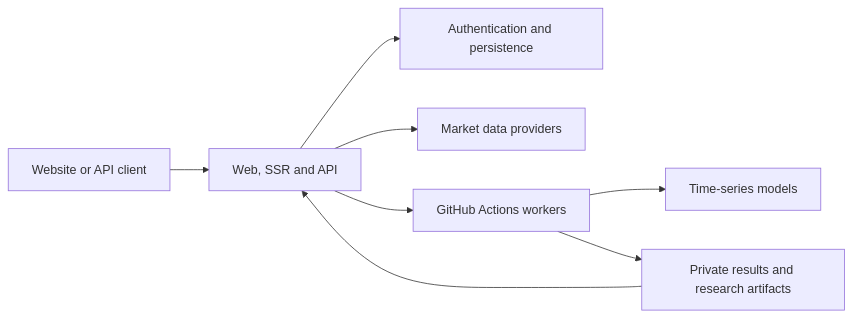
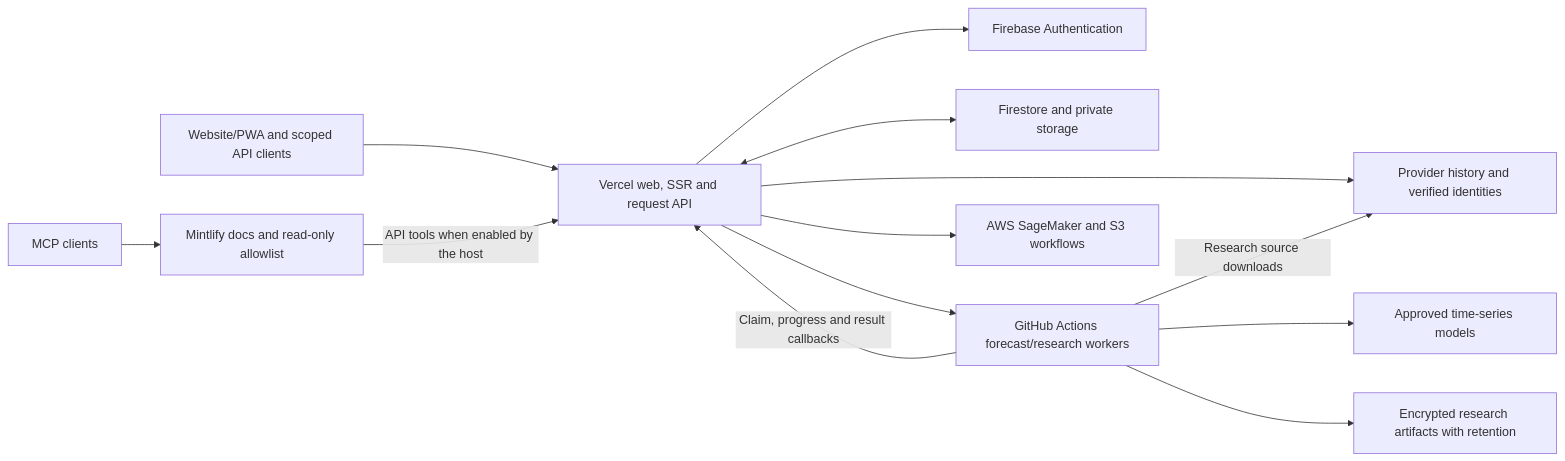
Before and after one commit to tamzid2001/stockssagemakerdata: the first of 2 diagrams in README.md, drawn with Mermaid. The commit also changed other lines of this file and 17 other files, not shown here.

````diff
--- a/README.md
+++ b/README.md
@@ -92,10 +93,15 @@
 ```mermaid
 flowchart LR
-    User[Website or API client] --> Vercel[Web, SSR and API]
-    Vercel --> Firebase[Authentication and persistence]
-    Vercel --> Sources[Market data providers]
-    Vercel --> Jobs[GitHub Actions workers]
-    Jobs --> Models[Time-series models]
-    Jobs --> Results[Private results and research artifacts]
-    Results --> Vercel
+    Clients[Website/PWA and scoped API clients] --> API[Vercel web, SSR and request API]
+    API --> Identity[Firebase Authentication]
+    API <--> State[Firestore and private storage]
+    API --> Data[Provider history and verified identities]
+    API --> Workers[GitHub Actions forecast/research workers]
+    Workers --> Models[Approved time-series models]
+    Workers -->|Claim, progress and result callbacks| API
+    Workers -->|Research source downloads| Data
+    Workers --> Artifacts[Encrypted research artifacts with retention]
+    API --> Legacy[AWS SageMaker and S3 workflows]
+    MCP[MCP clients] --> Docs[Mintlify docs and read-only allowlist]
+    Docs -->|API tools when enabled by the host| API
 ```
````
